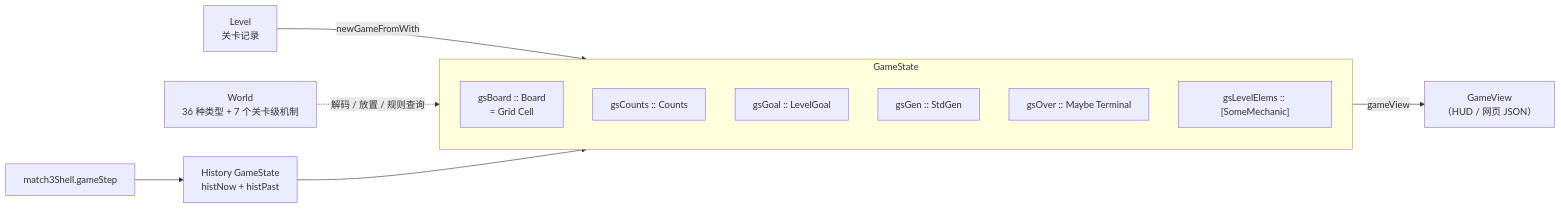
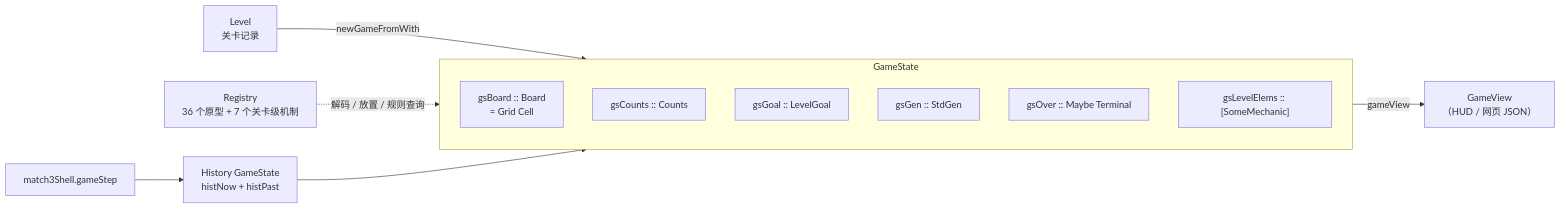
One commit to exsabersac/match3 changed the diagram in docs/guide/02-核心数据模型.md. Above: the diagram before and after it, drawn with Mermaid. The commit also changed other lines of this file and 8 other files, not shown here.

Commit message:
WIP ecs-7: docs/guide 按 ECS 重写（04 元素框架、02 §7、03 步尾、09 术语、01 模块图）、08 演进史阶段 15、测试数 473

````diff
--- a/docs/guide/02-核心数据模型.md
+++ b/docs/guide/02-核心数据模型.md
@@ -261,17 +264,17 @@
 ```mermaid
 flowchart LR
   Level["Level<br/>关卡记录"] -->|newGameFromWith| GS
-  Reg["World<br/>36 种类型 + 7 个关卡级机制"] -.->|解码 / 放置 / 规则查询| GS
+  Reg["Registry<br/>36 个原型 + 7 个关卡级机制"] -.->|解码 / 放置 / 规则查询| GS
   subgraph GS["GameState"]
     direction TB
     Board["gsBoard :: Board<br/>= Grid Cell"]
     Counts["gsCounts :: Counts"]
     Goal["gsGoal :: LevelGoal"]
     Gen["gsGen :: StdGen"]
     Over["gsOver :: Maybe Terminal"]
     Elems["gsLevelElems :: [SomeMechanic]"]
   end
   GS -->|"gameView"| View["GameView<br/>（HUD / 网页 JSON）"]
   Hist["History GameState<br/>histNow + histPast"] --> GS
   Shell["match3Shell.gameStep"] --> Hist
 ```
````
